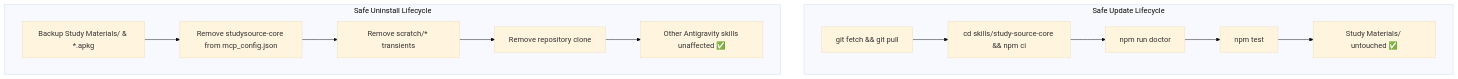
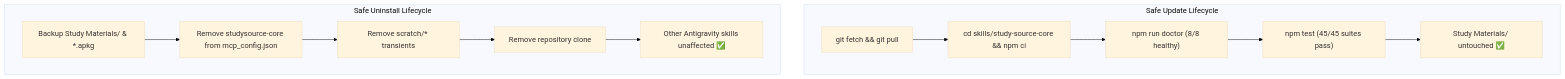
One commit to naksh-07/study-source-core changed the second of 2 diagrams in README.md. Above: the diagram before and after it, drawn with Mermaid (base theme). The commit also changed other lines of this file and 38 other files, not shown here.

````diff
--- a/README.md
+++ b/README.md
@@ -517,16 +400,16 @@
 ```mermaid
 flowchart TD
     subgraph Update ["Safe Update Lifecycle"]
         U1["git fetch && git pull"] --> U2["cd skills/study-source-core && npm ci"]
-        U2 --> U3["npm run doctor"]
-        U3 --> U4["npm test"]
+        U2 --> U3["npm run doctor (8/8 healthy)"]
+        U3 --> U4["npm test (45/45 suites pass)"]
         U4 --> U5["Study Materials/ untouched ✅"]
     end
 
     subgraph Teardown ["Safe Uninstall Lifecycle"]
         T1["Backup Study Materials/ & *.apkg"] --> T2["Remove studysource-core from mcp_config.json"]
         T2 --> T3["Remove scratch/* transients"]
         T3 --> T4["Remove repository clone"]
         T4 --> T5["Other Antigravity skills unaffected ✅"]
     end
 ```
````
